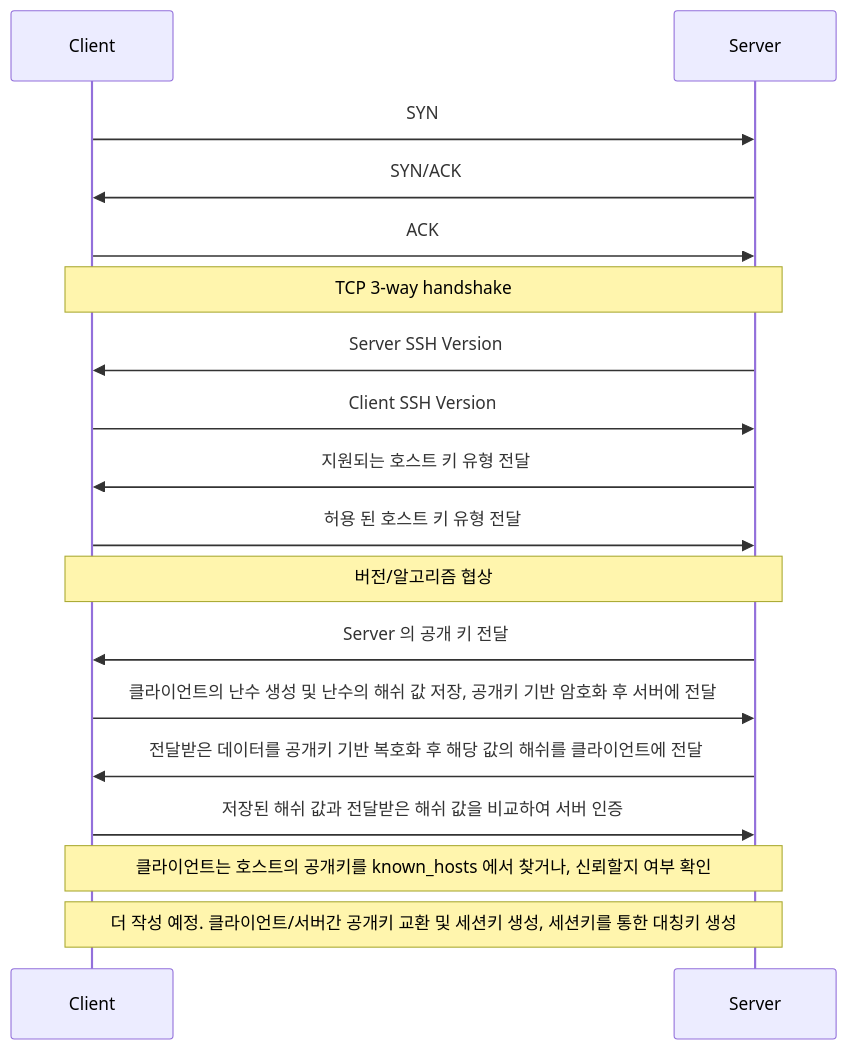
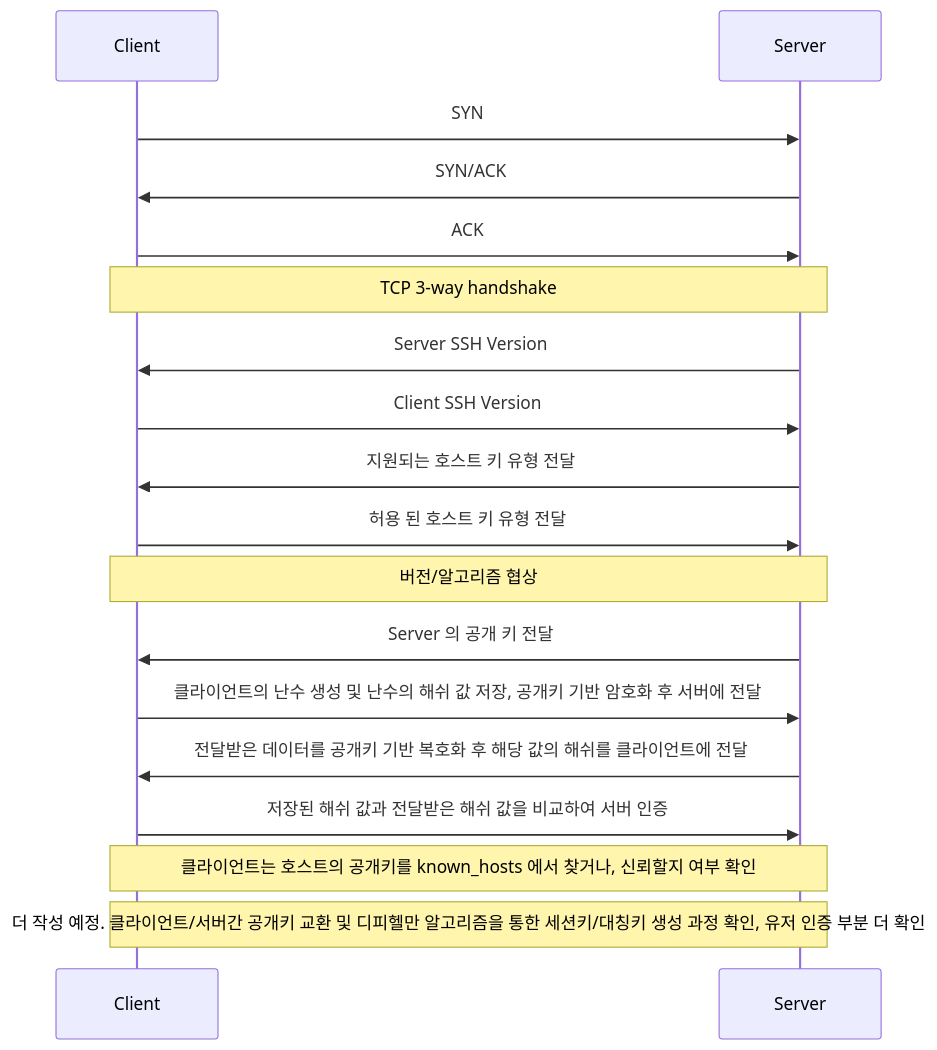
Before and after one commit to kimsehwan96/TIL: the diagram in Linux/ssh.md, drawn with Mermaid. The commit also changed 1 other file, not shown here.

Commit message:
Add Docker

````diff
--- a/Linux/ssh.md
+++ b/Linux/ssh.md
@@ -110,18 +110,18 @@
 ```mermaid
 sequenceDiagram
     Client ->> Server: SYN
     Server ->> Client: SYN/ACK
     Client ->> Server: ACK
     Note over Client,Server: TCP 3-way handshake
     Server ->> Client: Server SSH Version
     Client ->> Server: Client SSH Version
     Server ->> Client: 지원되는 호스트 키 유형 전달
     Client ->> Server: 허용 된 호스트 키 유형 전달
     Note over Client,Server: 버전/알고리즘 협상
     Server ->> Client: Server 의 공개 키 전달
     Client ->> Server: 클라이언트의 난수 생성 및 난수의 해쉬 값 저장, 공개키 기반 암호화 후 서버에 전달
     Server ->> Client: 전달받은 데이터를 공개키 기반 복호화 후 해당 값의 해쉬를 클라이언트에 전달
     Client ->> Server: 저장된 해쉬 값과 전달받은 해쉬 값을 비교하여 서버 인증
     Note over Client,Server: 클라이언트는 호스트의 공개키를 known_hosts 에서 찾거나, 신뢰할지 여부 확인
-    Note over Client,Server: 더 작성 예정. 클라이언트/서버간 공개키 교환 및 세션키 생성, 세션키를 통한 대칭키 생성 
+    Note over Client,Server: 더 작성 예정. 클라이언트/서버간 공개키 교환 및 디피헬만 알고리즘을 통한 세션키/대칭키 생성 과정 확인, 유저 인증 부분 더 확인
 ```
````
